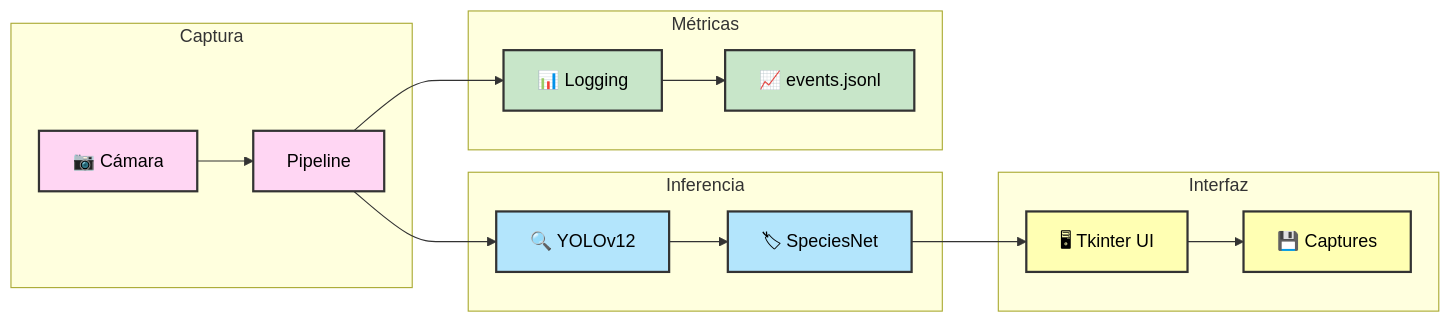
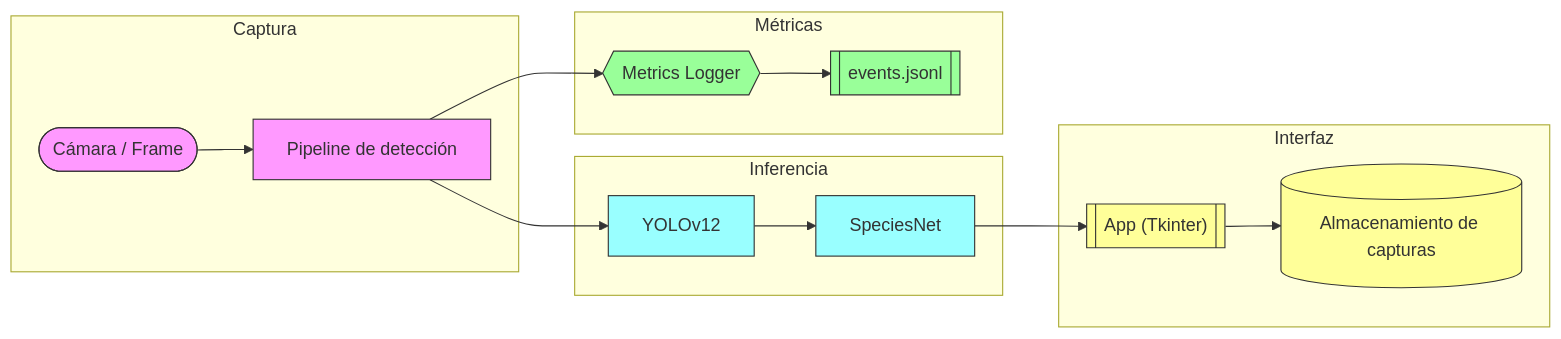
One commit to crismoraga/PDI_v2 changed the diagram in README.md. Above: the diagram before and after it, drawn with Mermaid.

````diff
--- a/README.md
+++ b/README.md
@@ -74,31 +74,31 @@
 ```mermaid
 flowchart LR
-  subgraph CAPTURE["Captura"]
-    Camera["📷 Cámara"] --> Pipeline["Pipeline"]
+  subgraph CAPTURE ["Captura"]
+    Camera(["Cámara / Frame"]) --> Pipeline["Pipeline de detección"]
   end
 
-  subgraph INFERENCE["Inferencia"]
-    Pipeline --> Detector["🔍 YOLOv12"]
-    Detector --> Classifier["🏷 SpeciesNet"]
+  subgraph INFERENCE ["Inferencia"]
+    Pipeline --> Detector["YOLOv12"]
+    Detector --> Classifier["SpeciesNet"]
   end
 
-  subgraph UI["Interfaz"]
-    Classifier --> App["🖥 Tkinter UI"]
-    App --> Store["💾 Captures"]
+  subgraph UI ["Interfaz"]
+    Classifier --> App[["App (Tkinter)"]]
+    App --> Store[("Almacenamiento de capturas")]
   end
 
-  subgraph METRICS["Métricas"]
-    Pipeline --> MetricsLogger["📊 Logging"]
-    MetricsLogger --> Events["📈 events.jsonl"]
+  subgraph METRICS ["Métricas"]
+    Pipeline --> MetricsLogger{{"Metrics Logger"}}
+    MetricsLogger --> Events[["events.jsonl"]]
   end
 
-  classDef captureStyle fill:#FFD6F3,stroke:#333,stroke-width:2px,color:#000;
-  classDef infraStyle fill:#B3E5FC,stroke:#333,stroke-width:2px,color:#000;
-  classDef uiStyle fill:#FFFFB3,stroke:#333,stroke-width:2px,color:#000;
-  classDef metricsStyle fill:#C8E6C9,stroke:#333,stroke-width:2px,color:#000;
+  classDef captureStyle fill:#f9f,stroke:#333,stroke-width:1px;
+  classDef infraStyle fill:#9ff,stroke:#333,stroke-width:1px;
+  classDef uiStyle fill:#ff9,stroke:#333,stroke-width:1px;
+  classDef metricsStyle fill:#9f9,stroke:#333,stroke-width:1px;
 
   class Camera,Pipeline captureStyle;
   class Detector,Classifier infraStyle;
   class App,Store uiStyle;
   class MetricsLogger,Events metricsStyle;
 ```
````
